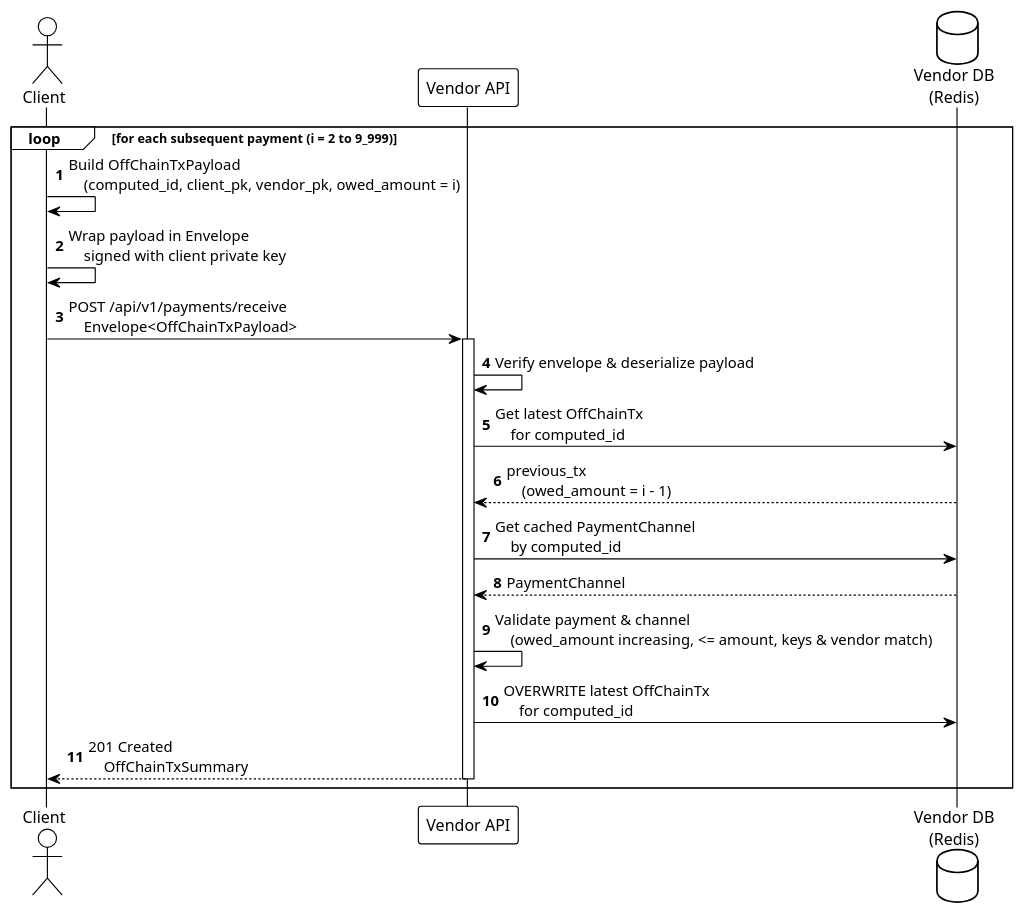
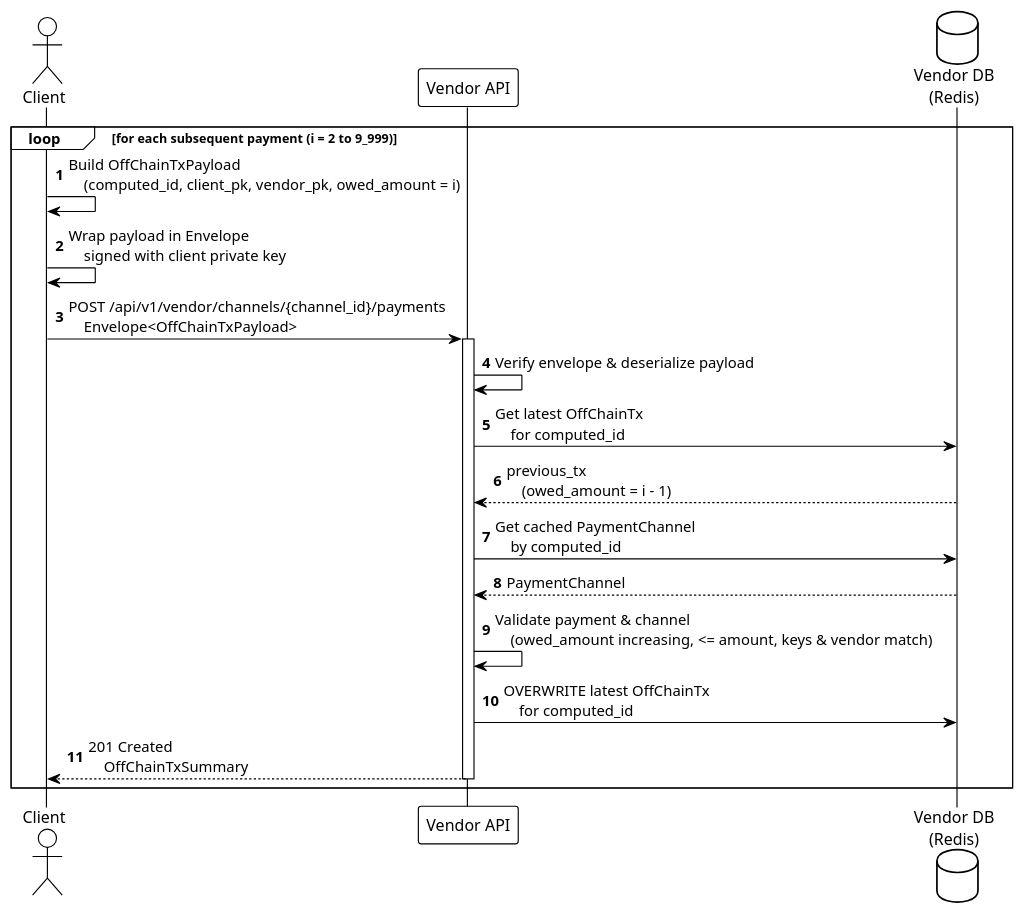
The diagram in umls/phase2b-subsequent-payments.puml (otaviootavio/nanomoni), drawn with PlantUML before and after one commit. The commit also changed 14 other files, not shown here.

```diff
--- a/umls/phase2b-subsequent-payments.puml
+++ b/umls/phase2b-subsequent-payments.puml
@@ -1,35 +1,35 @@
 @startuml Phase2b_Subsequent_Payments
 
 !theme plain
 autonumber
 
 actor "Client" as Client
 participant "Vendor API" as Vendor
 database "Vendor DB\n(Redis)" as VendorDB
 
 loop for each subsequent payment (i = 2 to 9_999)
 
     Client -> Client: Build OffChainTxPayload\n    (computed_id, client_pk, vendor_pk, owed_amount = i)
     Client -> Client: Wrap payload in Envelope\n    signed with client private key
 
-    Client -> Vendor: POST /api/v1/payments/receive\n    Envelope<OffChainTxPayload>
+    Client -> Vendor: POST /api/v1/vendor/channels/{channel_id}/payments\n    Envelope<OffChainTxPayload>
     activate Vendor
 
     Vendor -> Vendor: Verify envelope & deserialize payload
 
     Vendor -> VendorDB: Get latest OffChainTx\n    for computed_id
     VendorDB --> Vendor: previous_tx\n    (owed_amount = i - 1)
 
     Vendor -> VendorDB: Get cached PaymentChannel\n    by computed_id
     VendorDB --> Vendor: PaymentChannel
 
     Vendor -> Vendor: Validate payment & channel\n    (owed_amount increasing, <= amount, keys & vendor match)
 
     Vendor -> VendorDB: OVERWRITE latest OffChainTx\n    for computed_id
     
     Vendor --> Client: 201 Created\n    OffChainTxSummary
     deactivate Vendor
 
 end
 
 @enduml
```
